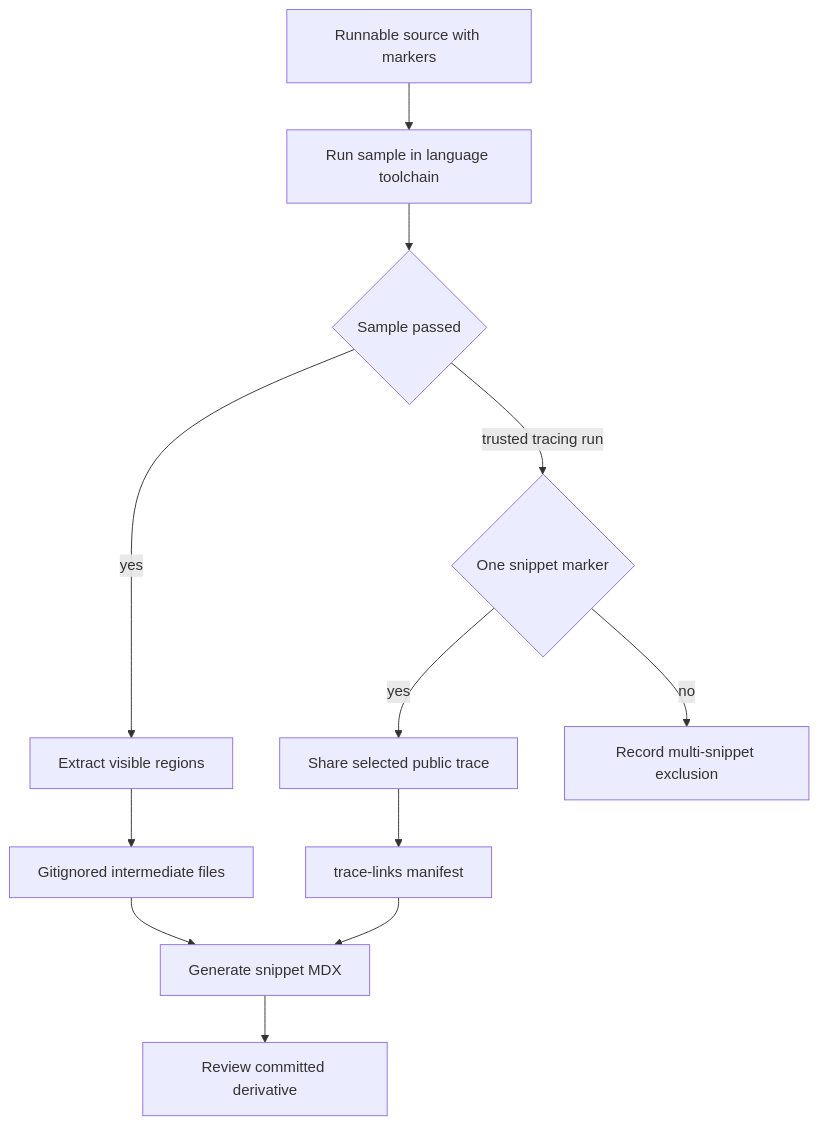
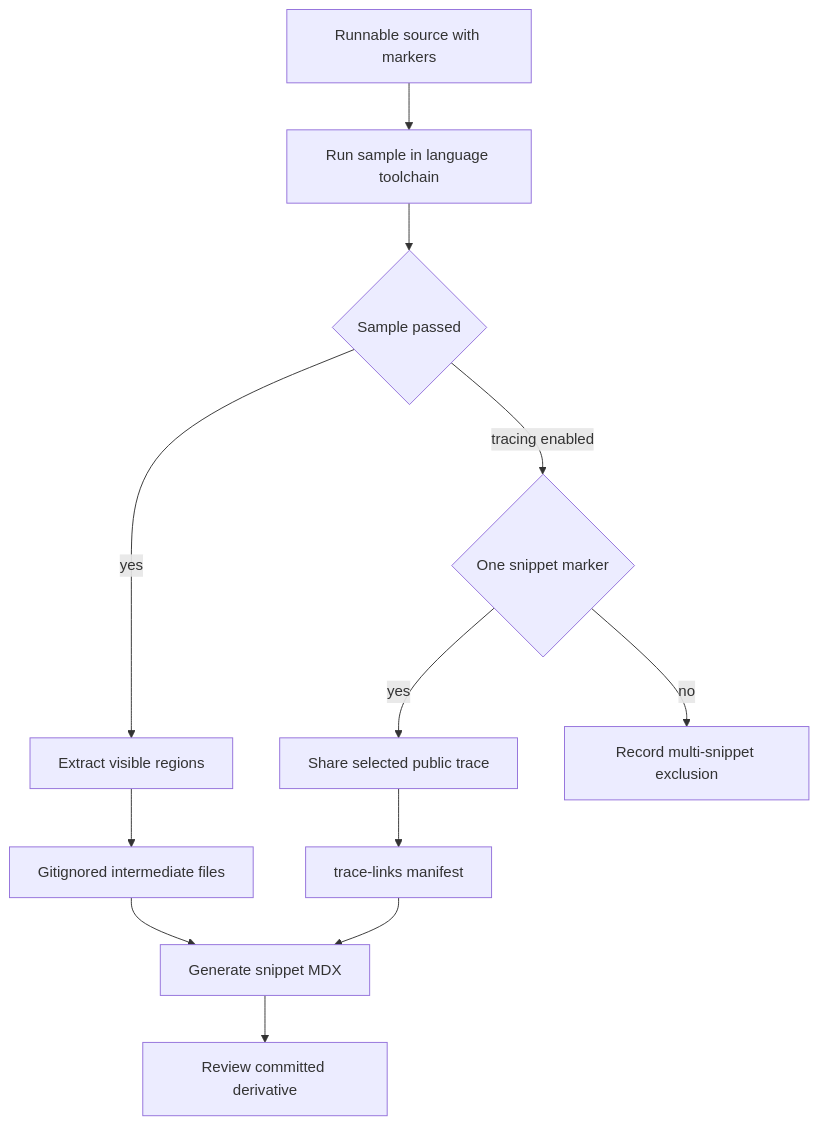
The diagram in openwiki/workflows/code-sample-lifecycle.md (langchain-ai/docs), drawn with Mermaid before and after one commit. The commit also changed other lines of this file and 41 other files, not shown here.

````diff
--- a/openwiki/workflows/code-sample-lifecycle.md
+++ b/openwiki/workflows/code-sample-lifecycle.md
@@ -51,14 +57,14 @@
 ```mermaid
 flowchart TD
   Source["Runnable source with markers"] --> Run["Run sample in language toolchain"]
   Run --> Passed{"Sample passed"}
   Passed -->|"yes"| Extract["Extract visible regions"]
   Extract --> Intermediate["Gitignored intermediate files"]
   Intermediate --> Generate["Generate snippet MDX"]
   Generate --> Review["Review committed derivative"]
-  Passed -->|"trusted tracing run"| Eligible{"One snippet marker"}
+  Passed -->|"tracing enabled"| Eligible{"One snippet marker"}
   Eligible -->|"yes"| Share["Share selected public trace"]
   Share --> Manifest["trace-links manifest"]
   Manifest --> Generate
   Eligible -->|"no"| Skip["Record multi-snippet exclusion"]
 ```
````
